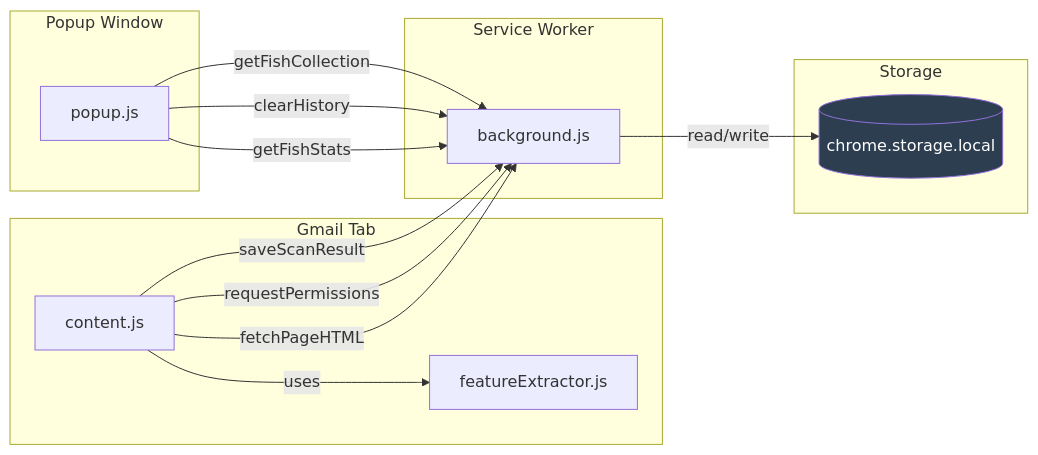
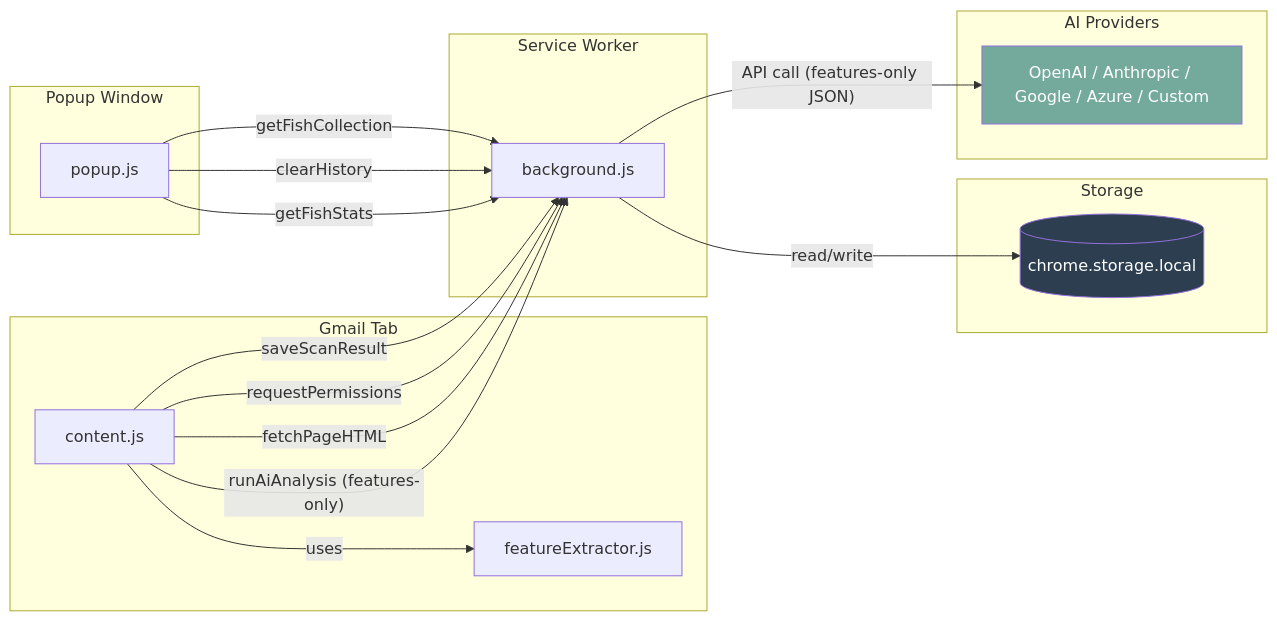
One commit to TyFarrington/GoPhishFree changed the second of 10 diagrams in ARCHITECTURE.md. Above: the diagram before and after it, drawn with Mermaid. The commit also changed other lines of this file and 24 other files, not shown here.

Commit message:
Add unified ML model, AI enhancement (BYOK), trusted domains, and regenerated architecture assets

````diff
--- a/ARCHITECTURE.md
+++ b/ARCHITECTURE.md
@@ -92,30 +113,37 @@
 ```mermaid
 graph LR
     subgraph Gmail Tab
         CS[content.js]
         FE[featureExtractor.js]
     end
 
     subgraph Service Worker
         BG[background.js]
     end
 
     subgraph Popup Window
         PJ[popup.js]
     end
 
     subgraph Storage
         ST[(chrome.storage.local)]
     end
 
+    subgraph AI Providers
+        AI[OpenAI / Anthropic / Google / Azure / Custom]
+    end
+
     CS -- "saveScanResult" --> BG
     CS -- "requestPermissions" --> BG
     CS -- "fetchPageHTML" --> BG
+    CS -- "runAiAnalysis (features-only)" --> BG
     PJ -- "getFishCollection" --> BG
     PJ -- "clearHistory" --> BG
     PJ -- "getFishStats" --> BG
     BG -- "read/write" --> ST
+    BG -- "API call (features-only JSON)" --> AI
     CS -- "uses" --> FE
 
     style ST fill:#2c3e50,color:#fff
+    style AI fill:#74aa9c,color:#fff
 ```
````
